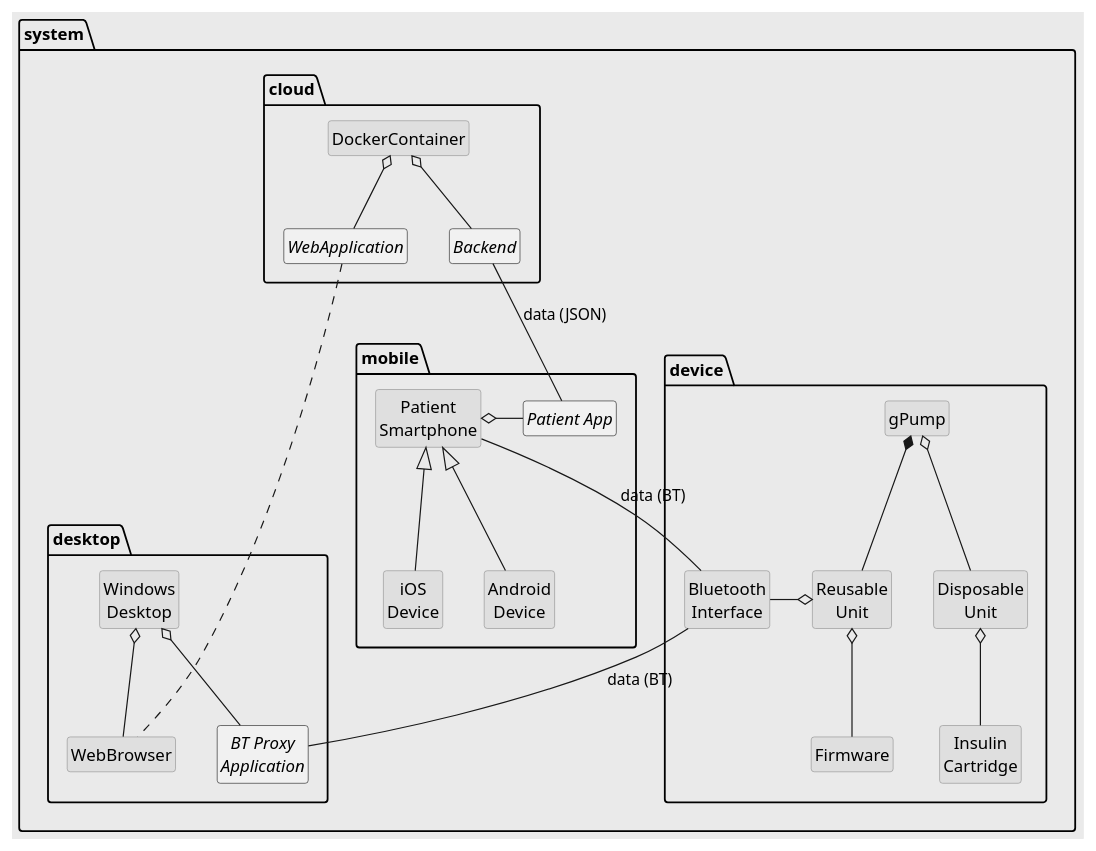
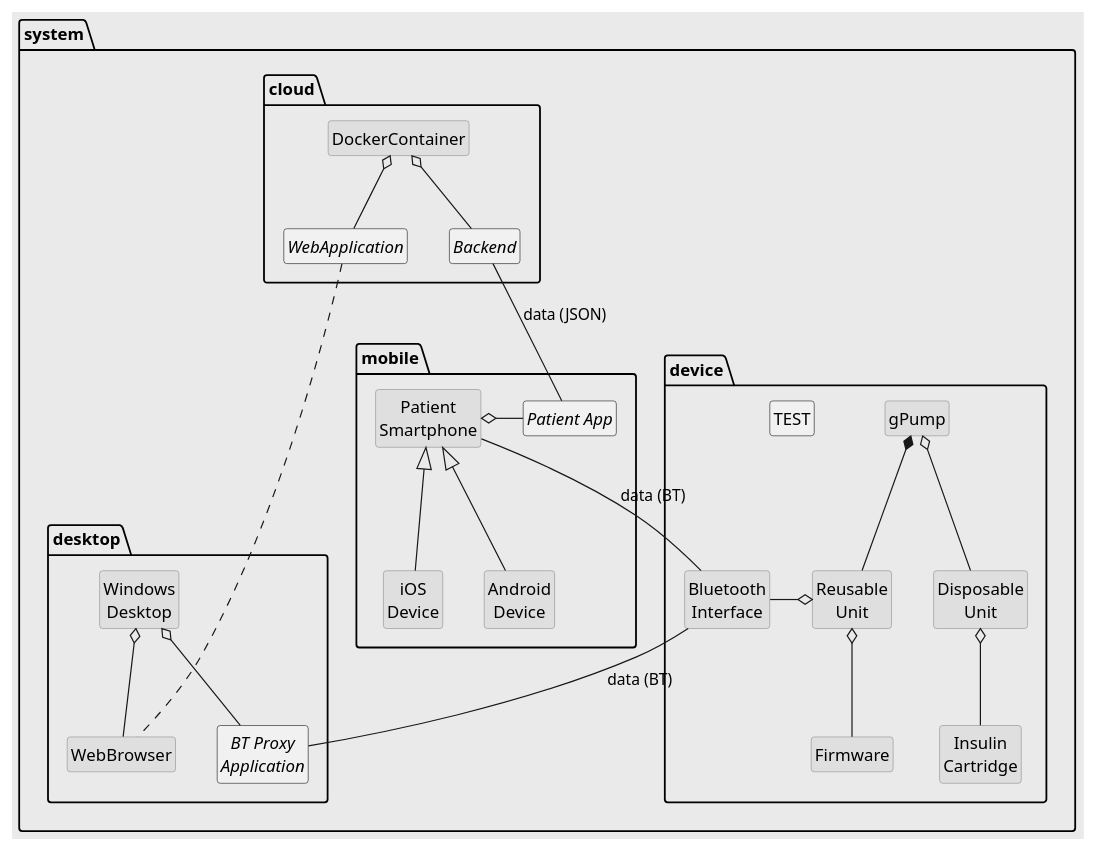
The diagram in GravityGame/Docs/Test.puml (langerb/GravityGame), drawn with PlantUML before and after one commit.

```diff
--- a/GravityGame/Docs/Test.puml
+++ b/GravityGame/Docs/Test.puml
@@ -2,63 +2,64 @@
 @startuml
 skinparam backgroundColor #EEEBDC
 skinparam monochrome true
 hide circle
 hide members
 hide stereotypes
 skinparam class{
   BorderColor<<OutOfScope>> Tomato
   BackgroundColor<<OutOfScope>> Wheat
 }
 
 namespace system {
 
   namespace device {
     class gPump <<OutOfScope>>
     class "Reusable\nUnit" as RU <<OutOfScope>>
     class "Disposable\nUnit" as DU <<OutOfScope>>
     class "Insulin\nCartridge" as IC<<OutOfScope>>
     class "Bluetooth\nInterface" as BT_IF <<OutOfScope>>
     class Firmware <<OutOfScope>>
+    class TEST
 
     gPump *-- RU
     gPump o-- DU
     DU o-- IC
     RU o- BT_IF
     RU o-- Firmware
   }
 
   namespace mobile {
     abstract class "Patient App" as PatientApp
     class "Patient\nSmartphone" as Mobile  <<OutOfScope>>
     class "iOS\nDevice" as iOS <<OutOfScope>>
     class "Android\nDevice" as Android <<OutOfScope>>
     Mobile ^-- iOS
     Mobile ^-- Android
     Mobile o- "PatientApp"
   }
 
   namespace cloud {
     abstract class WebApplication
     abstract class Backend
     class DockerContainer <<OutOfScope>>
     DockerContainer o-- WebApplication
     DockerContainer o-- Backend
   }
 
   namespace desktop {
     class WebBrowser <<OutOfScope>>
     class "Windows\nDesktop" as Windows <<OutOfScope>>
     abstract class "BT Proxy\nApplication" as BTProxy
     Windows o--BTProxy    
     Windows o--WebBrowser
   }
 
 }
 
 system.cloud.WebApplication .. system.desktop.WebBrowser
 system.cloud.Backend -- system.mobile.PatientApp : data (JSON)
 system.mobile.Mobile -- system.device.BT_IF : data (BT)
 system.device.BT_IF -- system.desktop.BTProxy : data (BT)
 
 
 @enduml
```
